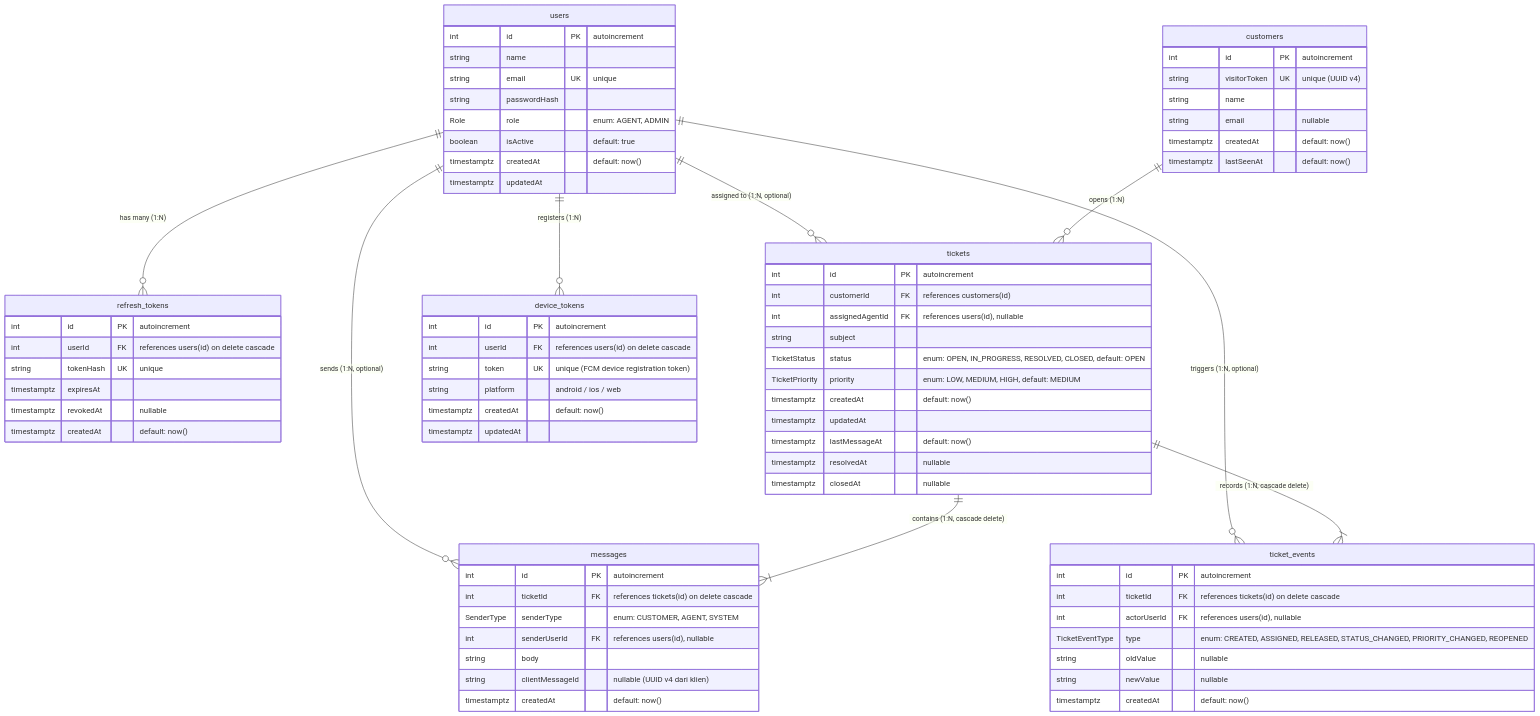
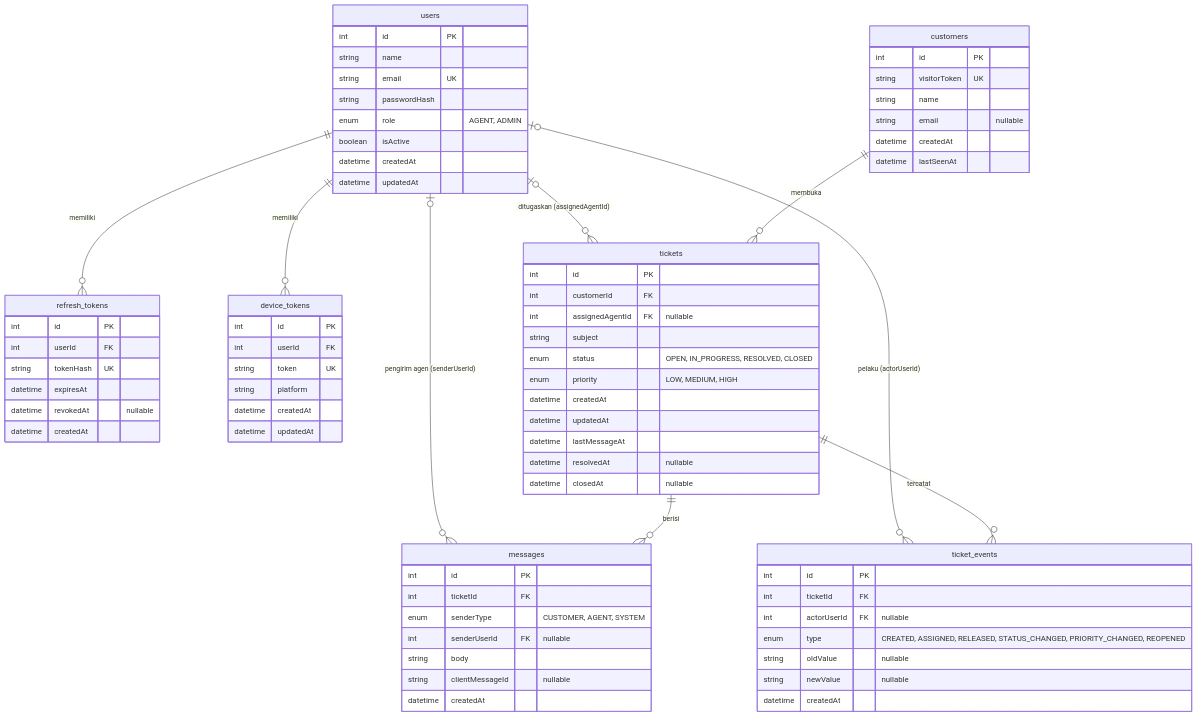
The diagram in docs/ERD.md (Mulki7/Helpdesk), drawn with Mermaid before and after one commit. The commit also changed other lines of this file and 2 other files, not shown here.

Commit message:
docs: add bpmn pdf, wbs, and corrected erd

````diff
--- a/docs/ERD.md
+++ b/docs/ERD.md
@@ -9,83 +5,83 @@
 ```mermaid
 erDiagram
-    users ||--o{ refresh_tokens : "has many (1:N)"
-    users ||--o{ tickets : "assigned to (1:N, optional)"
-    users ||--o{ messages : "sends (1:N, optional)"
-    users ||--o{ ticket_events : "triggers (1:N, optional)"
-    users ||--o{ device_tokens : "registers (1:N)"
-    customers ||--o{ tickets : "opens (1:N)"
-    tickets ||--|{ messages : "contains (1:N, cascade delete)"
-    tickets ||--|{ ticket_events : "records (1:N, cascade delete)"
+    users ||--o{ refresh_tokens : "memiliki"
+    users ||--o{ device_tokens : "memiliki"
+    users |o--o{ tickets : "ditugaskan (assignedAgentId)"
+    users |o--o{ messages : "pengirim agen (senderUserId)"
+    users |o--o{ ticket_events : "pelaku (actorUserId)"
+    customers ||--o{ tickets : "membuka"
+    tickets ||--o{ messages : "berisi"
+    tickets ||--o{ ticket_events : "tercatat"
 
     users {
-        int id PK "autoincrement"
+        int id PK
         string name
-        string email UK "unique"
+        string email UK
         string passwordHash
-        Role role "enum: AGENT, ADMIN"
-        boolean isActive "default: true"
-        timestamptz createdAt "default: now()"
-        timestamptz updatedAt
+        enum role "AGENT, ADMIN"
+        boolean isActive
+        datetime createdAt
+        datetime updatedAt
     }
 
     refresh_tokens {
-        int id PK "autoincrement"
-        int userId FK "references users(id) on delete cascade"
-        string tokenHash UK "unique"
-        timestamptz expiresAt
-        timestamptz revokedAt "nullable"
-        timestamptz createdAt "default: now()"
+        int id PK
+        int userId FK
+        string tokenHash UK
+        datetime expiresAt
+        datetime revokedAt "nullable"
+        datetime createdAt
     }
 
     customers {
-        int id PK "autoincrement"
-        string visitorToken UK "unique (UUID v4)"
+        int id PK
+        string visitorToken UK
         string name
         string email "nullable"
-        timestamptz createdAt "default: now()"
-        timestamptz lastSeenAt "default: now()"
+        datetime createdAt
+        datetime lastSeenAt
     }
 
     tickets {
-        int id PK "autoincrement"
-        int customerId FK "references customers(id)"
-        int assignedAgentId FK "references users(id), nullable"
+        int id PK
+        int customerId FK
+        int assignedAgentId FK "nullable"
         string subject
-        TicketStatus status "enum: OPEN, IN_PROGRESS, RESOLVED, CLOSED, default: OPEN"
-        TicketPriority priority "enum: LOW, MEDIUM, HIGH, default: MEDIUM"
-        timestamptz createdAt "default: now()"
-        timestamptz updatedAt
-        timestamptz lastMessageAt "default: now()"
-        timestamptz resolvedAt "nullable"
-        timestamptz closedAt "nullable"
+        enum status "OPEN, IN_PROGRESS, RESOLVED, CLOSED"
+        enum priority "LOW, MEDIUM, HIGH"
+        datetime createdAt
+        datetime updatedAt
+        datetime lastMessageAt
+        datetime resolvedAt "nullable"
+        datetime closedAt "nullable"
     }
 
     messages {
-        int id PK "autoincrement"
-        int ticketId FK "references tickets(id) on delete cascade"
-        SenderType senderType "enum: CUSTOMER, AGENT, SYSTEM"
-        int senderUserId FK "references users(id), nullable"
+        int id PK
+        int ticketId FK
+        enum senderType "CUSTOMER, AGENT, SYSTEM"
+        int senderUserId FK "nullable"
         string body
-        string clientMessageId "nullable (UUID v4 dari klien)"
-        timestamptz createdAt "default: now()"
+        string clientMessageId "nullable"
+        datetime createdAt
     }
 
     ticket_events {
-        int id PK "autoincrement"
-        int ticketId FK "references tickets(id) on delete cascade"
-        int actorUserId FK "references users(id), nullable"
-        TicketEventType type "enum: CREATED, ASSIGNED, RELEASED, STATUS_CHANGED, PRIORITY_CHANGED, REOPENED"
+        int id PK
+        int ticketId FK
+        int actorUserId FK "nullable"
+        enum type "CREATED, ASSIGNED, RELEASED, STATUS_CHANGED, PRIORITY_CHANGED, REOPENED"
         string oldValue "nullable"
         string newValue "nullable"
-        timestamptz createdAt "default: now()"
+        datetime createdAt
     }
 
     device_tokens {
-        int id PK "autoincrement"
-        int userId FK "references users(id) on delete cascade"
-        string token UK "unique (FCM device registration token)"
-        string platform "android / ios / web"
-        timestamptz createdAt "default: now()"
-        timestamptz updatedAt
+        int id PK
+        int userId FK
+        string token UK
+        string platform
+        datetime createdAt
+        datetime updatedAt
     }
 ```
````
